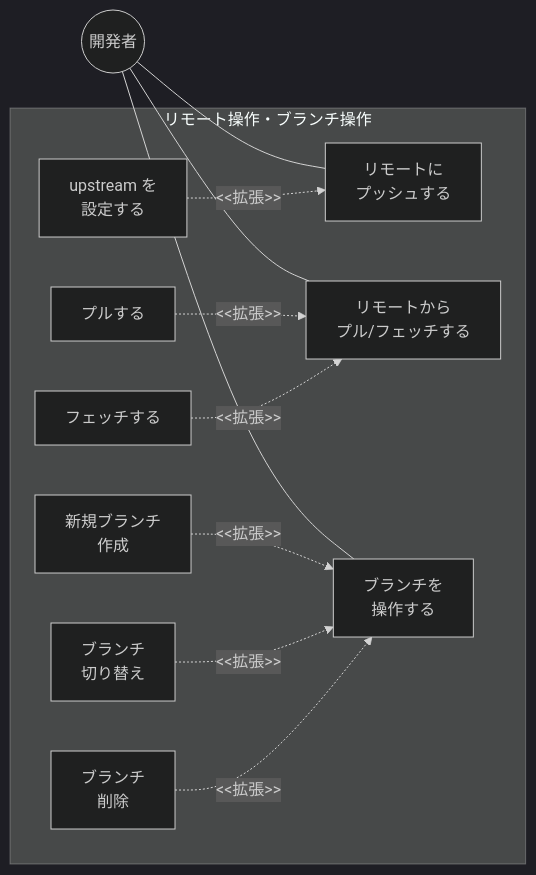
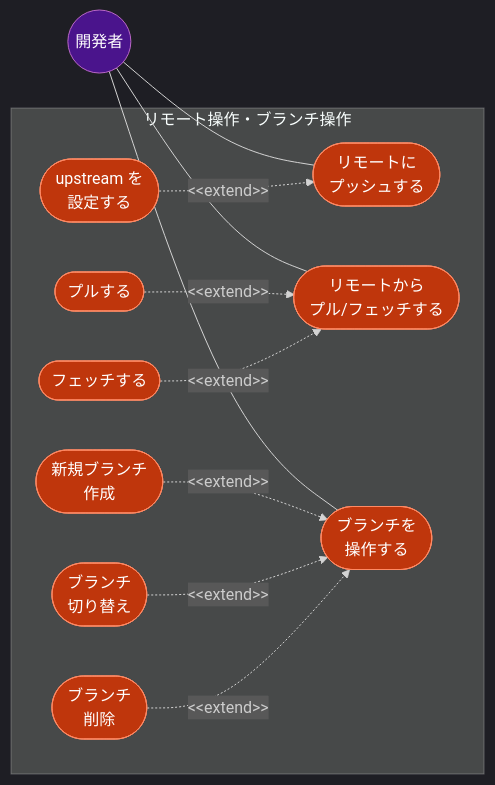
The third of 6 diagrams in .sdd/requirement/basic-git-operations.md (ToshikiImagawa/Buruma), drawn with Mermaid before and after one commit. The commit also changed other lines of this file and 2 other files, not shown here.

````diff
--- a/.sdd/requirement/basic-git-operations.md
+++ b/.sdd/requirement/basic-git-operations.md
@@ -113,27 +143,33 @@
 ```mermaid
 %%{init: {'theme': 'dark'}}%%
 flowchart LR
     Developer((開発者))
 
-    subgraph RemoteBranch["リモート操作・ブランチ操作"]
-        Push["リモートに<br/>プッシュする"]
-        SetUpstream["upstream を<br/>設定する"]
-        PullFetch["リモートから<br/>プル/フェッチする"]
-        Pull["プルする"]
-        Fetch["フェッチする"]
-        BranchOps["ブランチを<br/>操作する"]
-        CreateBranch["新規ブランチ<br/>作成"]
-        SwitchBranch["ブランチ<br/>切り替え"]
-        DeleteBranch["ブランチ<br/>削除"]
+    subgraph RemoteBranch ["リモート操作・ブランチ操作"]
+        Push(["リモートに<br/>プッシュする"])
+        SetUpstream(["upstream を<br/>設定する"])
+        PullFetch(["リモートから<br/>プル/フェッチする"])
+        Pull(["プルする"])
+        Fetch(["フェッチする"])
+        BranchOps(["ブランチを<br/>操作する"])
+        CreateBranch(["新規ブランチ<br/>作成"])
+        SwitchBranch(["ブランチ<br/>切り替え"])
+        DeleteBranch(["ブランチ<br/>削除"])
     end
 
     Developer --- Push
     Developer --- PullFetch
     Developer --- BranchOps
-    SetUpstream -.->|"<<拡張>>"| Push
-    Pull -.->|"<<拡張>>"| PullFetch
-    Fetch -.->|"<<拡張>>"| PullFetch
-    CreateBranch -.->|"<<拡張>>"| BranchOps
-    SwitchBranch -.->|"<<拡張>>"| BranchOps
-    DeleteBranch -.->|"<<拡張>>"| BranchOps
+    SetUpstream -.->|"&lt;&lt;extend&gt;&gt;"| Push
+    Pull -.->|"&lt;&lt;extend&gt;&gt;"| PullFetch
+    Fetch -.->|"&lt;&lt;extend&gt;&gt;"| PullFetch
+    CreateBranch -.->|"&lt;&lt;extend&gt;&gt;"| BranchOps
+    SwitchBranch -.->|"&lt;&lt;extend&gt;&gt;"| BranchOps
+    DeleteBranch -.->|"&lt;&lt;extend&gt;&gt;"| BranchOps
+
+    classDef actor fill:#4a148c,stroke:#ba68c8,color:#fff
+    classDef usecase fill:#bf360c,stroke:#ff8a65,color:#fff
+
+    class Developer actor
+    class Push,SetUpstream,PullFetch,Pull,Fetch,BranchOps,CreateBranch,SwitchBranch,DeleteBranch usecase
 ```
````
